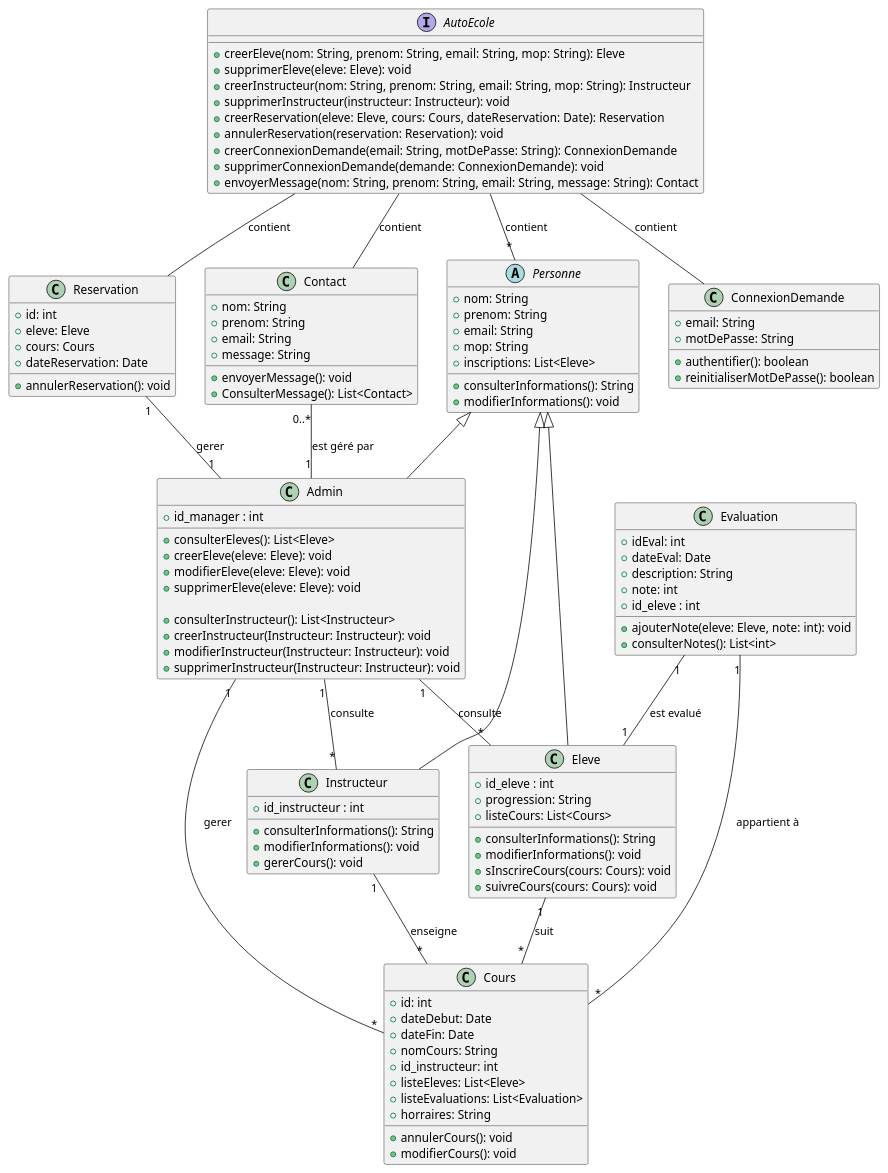
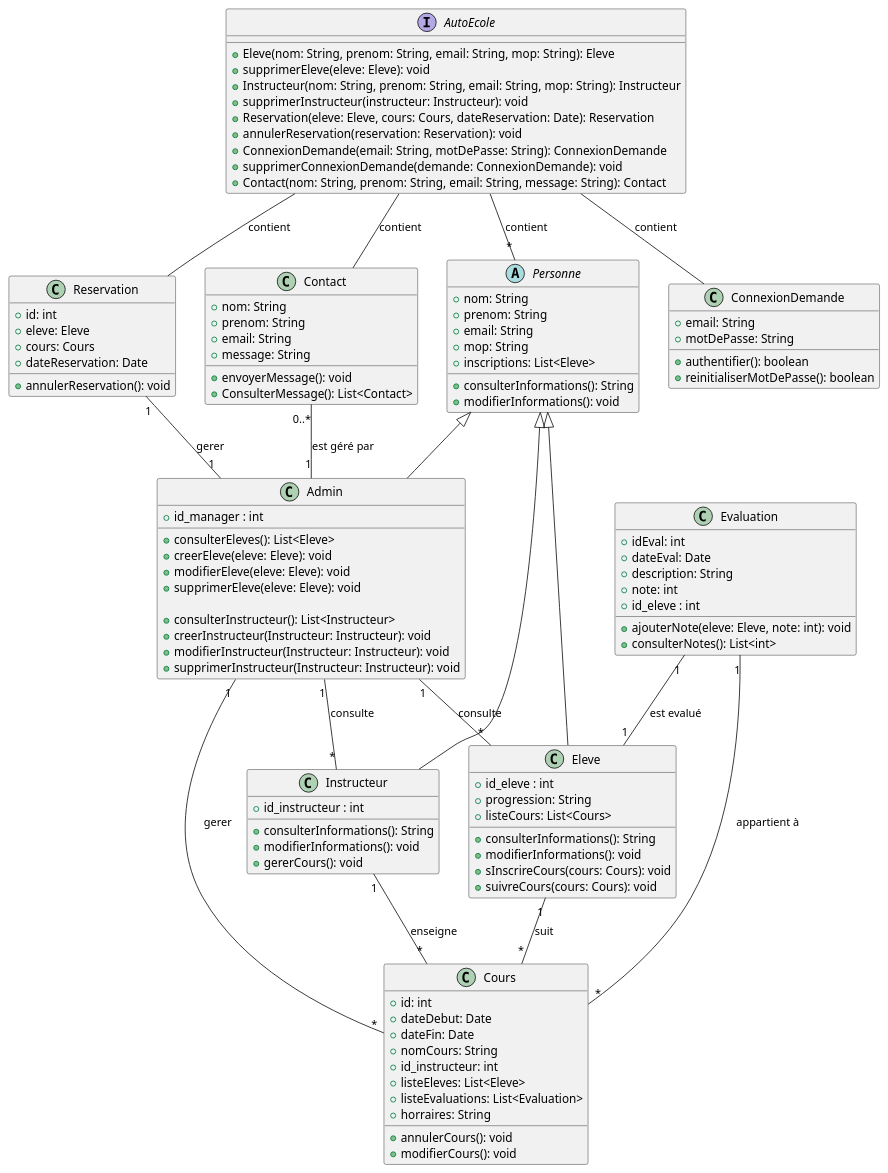
The diagram in Rendu 2/Diagramme de classe 1/diagramme_classe.pu (jerbi2026/Auto_ecole), drawn with PlantUML before and after one commit. The commit also changed 3 other files, not shown here.

```diff
--- a/Rendu 2/Diagramme de classe 1/diagramme_classe.pu
+++ b/Rendu 2/Diagramme de classe 1/diagramme_classe.pu
@@ -1,134 +1,134 @@
 @startuml
 abstract class Personne {
     + nom: String
     + prenom: String
     + email: String
     + mop: String
     + inscriptions: List<Eleve>
 
     + consulterInformations(): String
     + modifierInformations(): void
 }
 
 class Instructeur {
     + id_instructeur : int
 
     + consulterInformations(): String
     + modifierInformations(): void
     + gererCours(): void
 }
 
 class Admin {
     + id_manager : int
 
     
     + consulterEleves(): List<Eleve>
     + creerEleve(eleve: Eleve): void
     + modifierEleve(eleve: Eleve): void
     + supprimerEleve(eleve: Eleve): void
 
     + consulterInstructeur(): List<Instructeur>
     + creerInstructeur(Instructeur: Instructeur): void
     + modifierInstructeur(Instructeur: Instructeur): void
     + supprimerInstructeur(Instructeur: Instructeur): void
 }
 
 class Eleve {
     + id_eleve : int
     + progression: String
     + listeCours: List<Cours>
 
     + consulterInformations(): String
     + modifierInformations(): void
     + sInscrireCours(cours: Cours): void
     + suivreCours(cours: Cours): void
 }
 
 
 
 
 
 class Cours {
     + id: int
     + dateDebut: Date
     + dateFin: Date
     + nomCours: String
     + id_instructeur: int
     + listeEleves: List<Eleve>
     + listeEvaluations: List<Evaluation>
     + horraires: String
 
     + annulerCours(): void
     + modifierCours(): void
 }
 
 class Evaluation {
     + idEval: int
     + dateEval: Date
     + description: String
     + note: int
     + id_eleve : int
 
     + ajouterNote(eleve: Eleve, note: int): void
     + consulterNotes(): List<int>
 }
 
 
 class Reservation {
     + id: int
     + eleve: Eleve
     + cours: Cours
     + dateReservation: Date
 
     + annulerReservation(): void
 }
 
 class ConnexionDemande {
     + email: String
     + motDePasse: String
 
     + authentifier(): boolean
     + reinitialiserMotDePasse(): boolean
 }
 
 
 interface AutoEcole {
-    + creerEleve(nom: String, prenom: String, email: String, mop: String): Eleve
+    + Eleve(nom: String, prenom: String, email: String, mop: String): Eleve
     + supprimerEleve(eleve: Eleve): void
-    + creerInstructeur(nom: String, prenom: String, email: String, mop: String): Instructeur
+    + Instructeur(nom: String, prenom: String, email: String, mop: String): Instructeur
     + supprimerInstructeur(instructeur: Instructeur): void
-    + creerReservation(eleve: Eleve, cours: Cours, dateReservation: Date): Reservation
+    + Reservation(eleve: Eleve, cours: Cours, dateReservation: Date): Reservation
     + annulerReservation(reservation: Reservation): void
-    + creerConnexionDemande(email: String, motDePasse: String): ConnexionDemande
+    + ConnexionDemande(email: String, motDePasse: String): ConnexionDemande
     + supprimerConnexionDemande(demande: ConnexionDemande): void
-    + envoyerMessage(nom: String, prenom: String, email: String, message: String): Contact
+    + Contact(nom: String, prenom: String, email: String, message: String): Contact
 }
 
 class Contact{
     + nom: String
     + prenom: String
     + email: String
     + message: String
 
     + envoyerMessage(): void
     + ConsulterMessage(): List<Contact>
 
 }
 
 Personne <|-- Instructeur
 Personne <|-- Eleve
 Personne <|-- Admin
 Reservation "1" -- "1" Admin : "gerer"
 Instructeur "1" -- "*" Cours : "enseigne"
 Eleve "1" -- "*" Cours : "suit"
 Admin "1" -- "*" Cours : "gerer"
 Evaluation "1" -- "1" Eleve : "est evalué"
 Evaluation "1" -- "*" Cours : "appartient à"
 Admin "1" -- "*" Instructeur : "consulte"
 Admin "1" -- "*" Eleve : "consulte"
 Contact "0..*" -- "1" Admin : "est géré par"
 AutoEcole -- "*" Personne : "contient"
 AutoEcole -- Reservation : "contient"
 AutoEcole -- ConnexionDemande : "contient"
 AutoEcole -- Contact : "contient"
 @enduml
```
